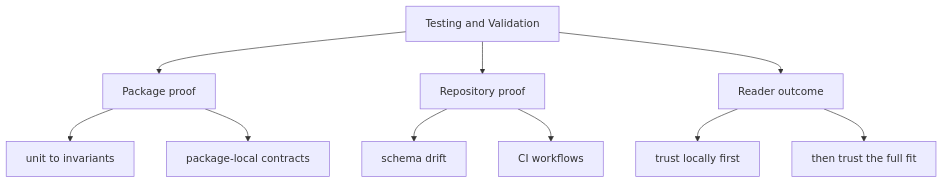
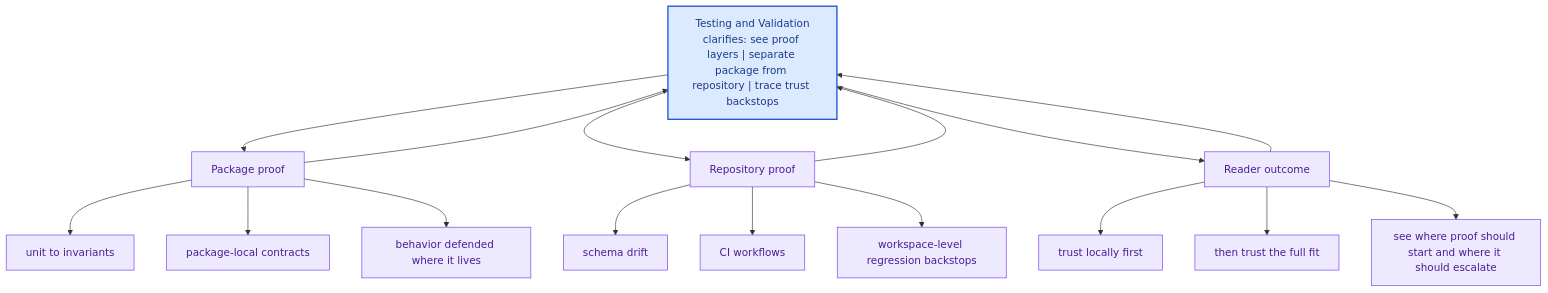
Before and after one commit to bijux/bijux-canon: the second of 2 diagrams in docs/bijux-canon/testing-and-validation.md, drawn with Mermaid. The commit also changed other lines of this file and 281 other files, not shown here.

Commit message:
docs(diagrams): deepen handbook mermaid maps across the catalog

````diff
--- a/docs/bijux-canon/testing-and-validation.md
+++ b/docs/bijux-canon/testing-and-validation.md
@@ -40,22 +73,42 @@
 ```mermaid
-flowchart TD
-    page["Testing and Validation"]
+flowchart TB
+    promise["Testing and Validation<br/>clarifies: see proof layers | separate package from repository | trace trust backstops"]
+    classDef promise fill:#dbeafe,stroke:#1d4ed8,color:#1e3a8a,stroke-width:2px;
+    classDef driver fill:#dcfce7,stroke:#16a34a,color:#14532d;
+    classDef constraint fill:#fee2e2,stroke:#dc2626,color:#7f1d1d;
+    classDef ground fill:#ede9fe,stroke:#7c3aed,color:#4c1d95;
     focus1["Package proof"]
-    page --> focus1
+    focus1 --> promise
+    promise --> focus1
     focus1_1["unit to invariants"]
     focus1 --> focus1_1
     focus1_2["package-local contracts"]
     focus1 --> focus1_2
+    focus1_3["behavior defended where it lives"]
+    focus1 --> focus1_3
+    class focus1 ground;
+    class focus1_1,focus1_2,focus1_3 ground;
     focus2["Repository proof"]
-    page --> focus2
+    focus2 --> promise
+    promise --> focus2
     focus2_1["schema drift"]
     focus2 --> focus2_1
     focus2_2["CI workflows"]
     focus2 --> focus2_2
+    focus2_3["workspace-level regression backstops"]
+    focus2 --> focus2_3
+    class focus2 ground;
+    class focus2_1,focus2_2,focus2_3 ground;
     focus3["Reader outcome"]
-    page --> focus3
+    focus3 --> promise
+    promise --> focus3
     focus3_1["trust locally first"]
     focus3 --> focus3_1
     focus3_2["then trust the full fit"]
     focus3 --> focus3_2
+    focus3_3["see where proof should start and where it should escalate"]
+    focus3 --> focus3_3
+    class focus3 ground;
+    class focus3_1,focus3_2,focus3_3 ground;
+    class promise promise;
 ```
````
